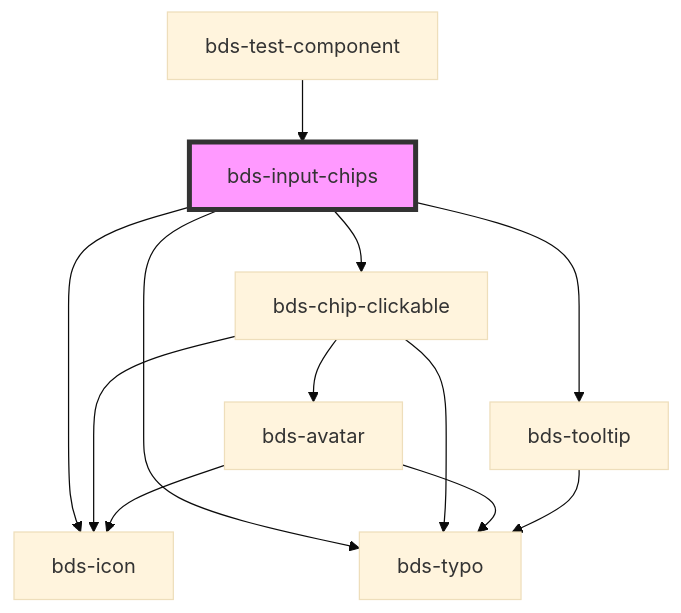
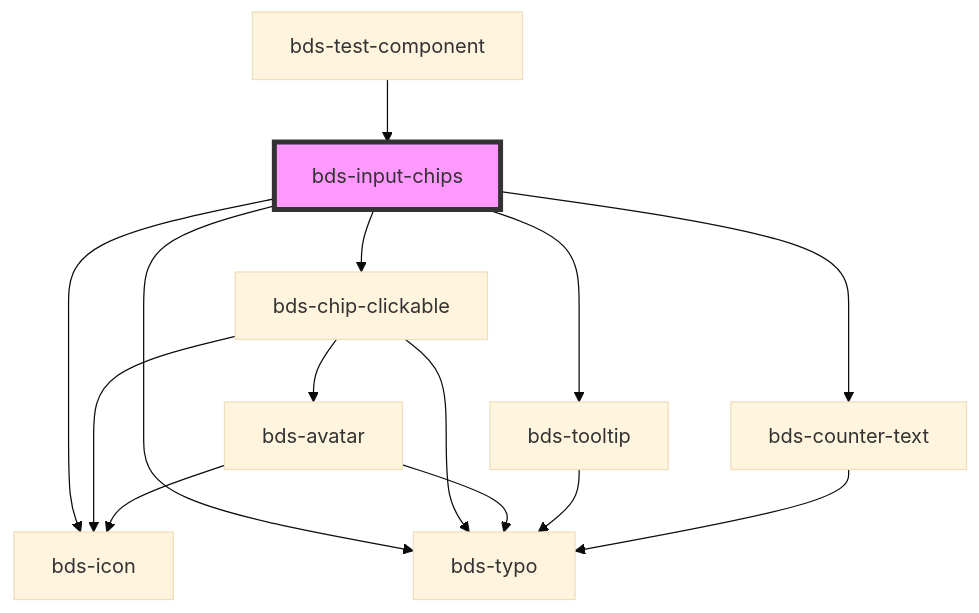
One commit to takenet/blip-ds changed the diagram in src/components/input-chips/readme.md. Above: the diagram before and after it, drawn with Mermaid (base theme). The commit also changed other lines of this file and 4 other files, not shown here.

Commit message:
fix(input-chips): fixind maxlenght on component

````diff
--- a/src/components/input-chips/readme.md
+++ b/src/components/input-chips/readme.md
@@ -129,15 +132,17 @@
 ```mermaid
 graph TD;
   bds-input-chips --> bds-chip-clickable
   bds-input-chips --> bds-tooltip
   bds-input-chips --> bds-icon
   bds-input-chips --> bds-typo
+  bds-input-chips --> bds-counter-text
   bds-chip-clickable --> bds-icon
   bds-chip-clickable --> bds-avatar
   bds-chip-clickable --> bds-typo
   bds-avatar --> bds-typo
   bds-avatar --> bds-icon
   bds-tooltip --> bds-typo
+  bds-counter-text --> bds-typo
   bds-test-component --> bds-input-chips
   style bds-input-chips fill:#f9f,stroke:#333,stroke-width:4px
 ```
````
